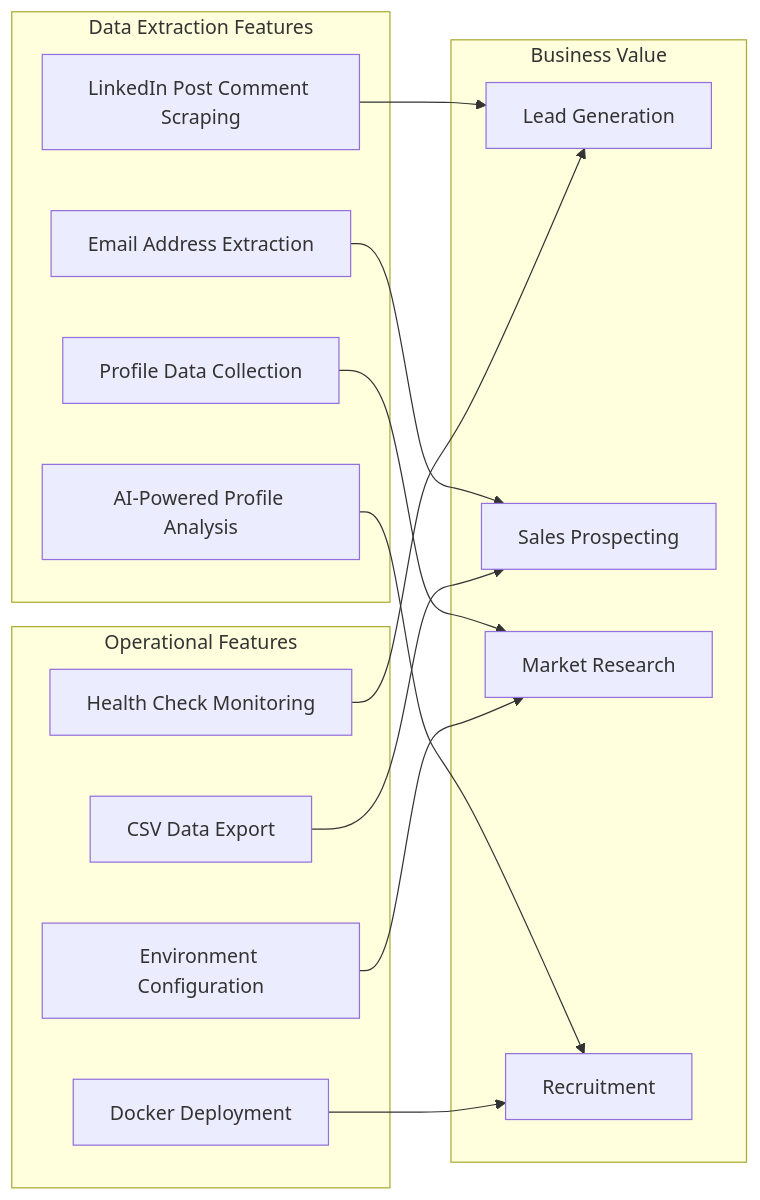
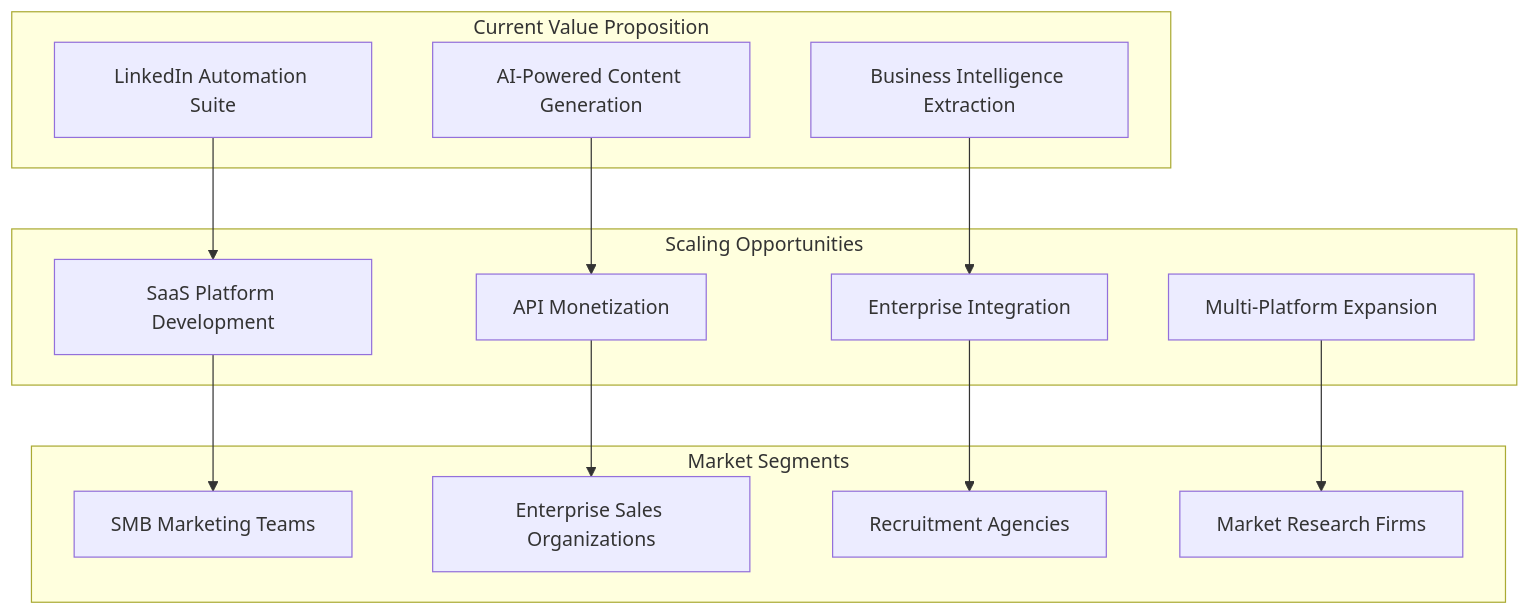
Before and after one commit to narayanmishra1873/linkedin_mcp_python: the sixth of 17 diagrams in REPOSITORY_ANALYSIS.md, drawn with Mermaid. The commit also changed other lines of this file and 2 other files, not shown here.

````diff
--- a/REPOSITORY_ANALYSIS.md
+++ b/REPOSITORY_ANALYSIS.md
@@ -308,32 +504,30 @@
 ```mermaid
-flowchart LR
-    subgraph "Data Extraction Features"
-        F1[LinkedIn Post Comment Scraping]
-        F2[Email Address Extraction]
-        F3[Profile Data Collection]
-        F4[AI-Powered Profile Analysis]
+flowchart TD
+    subgraph "Current Value Proposition"
+        CV1[LinkedIn Automation Suite]
+        CV2[AI-Powered Content Generation]
+        CV3[Business Intelligence Extraction]
     end
     
-    subgraph "Operational Features"
-        F5[Health Check Monitoring]
-        F6[CSV Data Export]
-        F7[Environment Configuration]
-        F8[Docker Deployment]
+    subgraph "Scaling Opportunities"
+        SO1[SaaS Platform Development]
+        SO2[API Monetization]
+        SO3[Enterprise Integration]
+        SO4[Multi-Platform Expansion]
     end
     
-    subgraph "Business Value"
-        V1[Lead Generation]
-        V2[Sales Prospecting]
-        V3[Market Research]
-        V4[Recruitment]
+    subgraph "Market Segments"
+        MS1[SMB Marketing Teams]
+        MS2[Enterprise Sales Organizations]
+        MS3[Recruitment Agencies]
+        MS4[Market Research Firms]
     end
     
-    F1 --> V1
-    F2 --> V2
-    F3 --> V3
-    F4 --> V4
-    F5 --> V1
-    F6 --> V2
-    F7 --> V3
-    F8 --> V4
+    CV1 --> SO1
+    CV2 --> SO2
+    CV3 --> SO3
+    SO1 --> MS1
+    SO2 --> MS2
+    SO3 --> MS3
+    SO4 --> MS4
 ```
````
